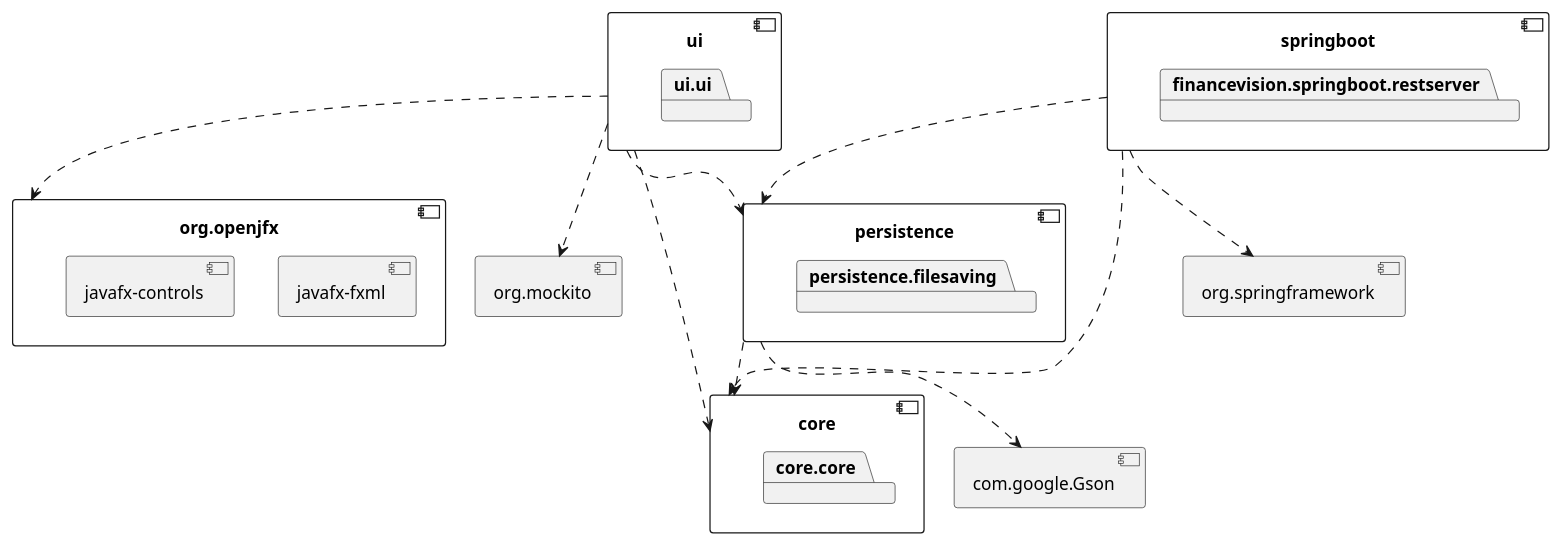
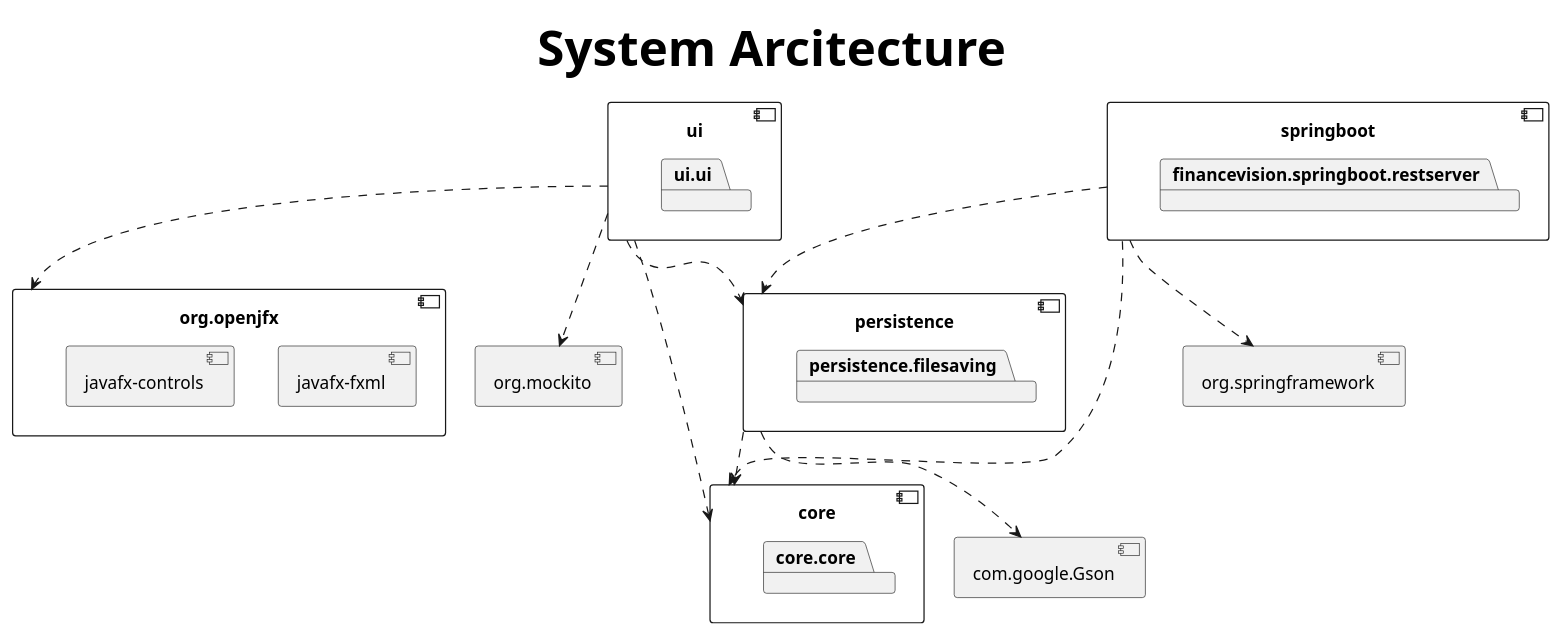
One commit to martinhova01/finance-vision changed the diagram in docs/architecture.puml. Above: the diagram before and after it, drawn with PlantUML. The commit also changed 2 other files, not shown here.

Commit message:
update arcitecture.puml and add sequence diagram

```diff
--- a/docs/architecture.puml
+++ b/docs/architecture.puml
@@ -1,44 +1,46 @@
 @startuml arcitecture
+title <size:40>System Arcitecture
+
 component core {
 	package core.core
 }
 
 component persistence {
 	package persistence.filesaving
 }
 
 component com.google.Gson{
 }
 
 persistence ..> com.google.Gson
 persistence ..> core
 
 component ui{
 	package ui.ui
 }
 component org.openjfx {
 	component javafx-fxml {
 	}
 	component javafx-controls{
 	}
 }
 component org.mockito
 
 ui ..> core
 ui ..> persistence
 ui ..> org.openjfx
 ui ..> org.mockito
 
 
 component springboot {
 	package financevision.springboot.restserver
 }
 
 component org.springframework
 
 springboot ..> org.springframework
 springboot ..> persistence
 springboot ..> core
 
 
 @enduml
```
